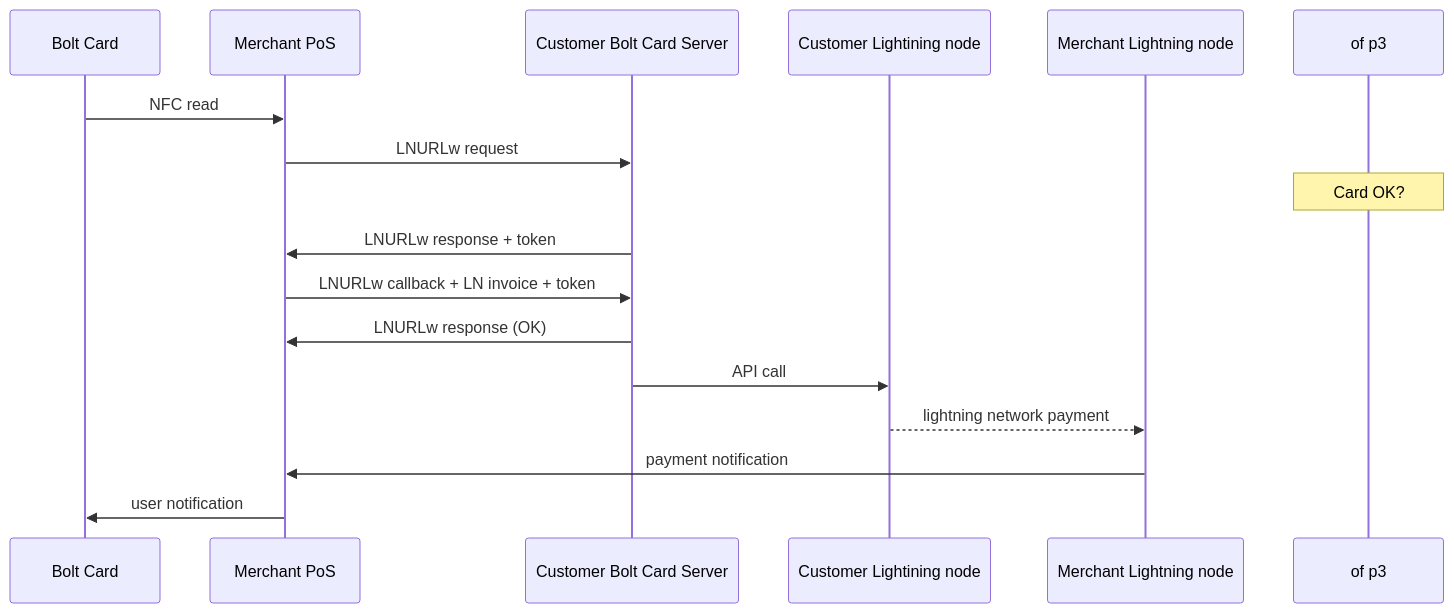
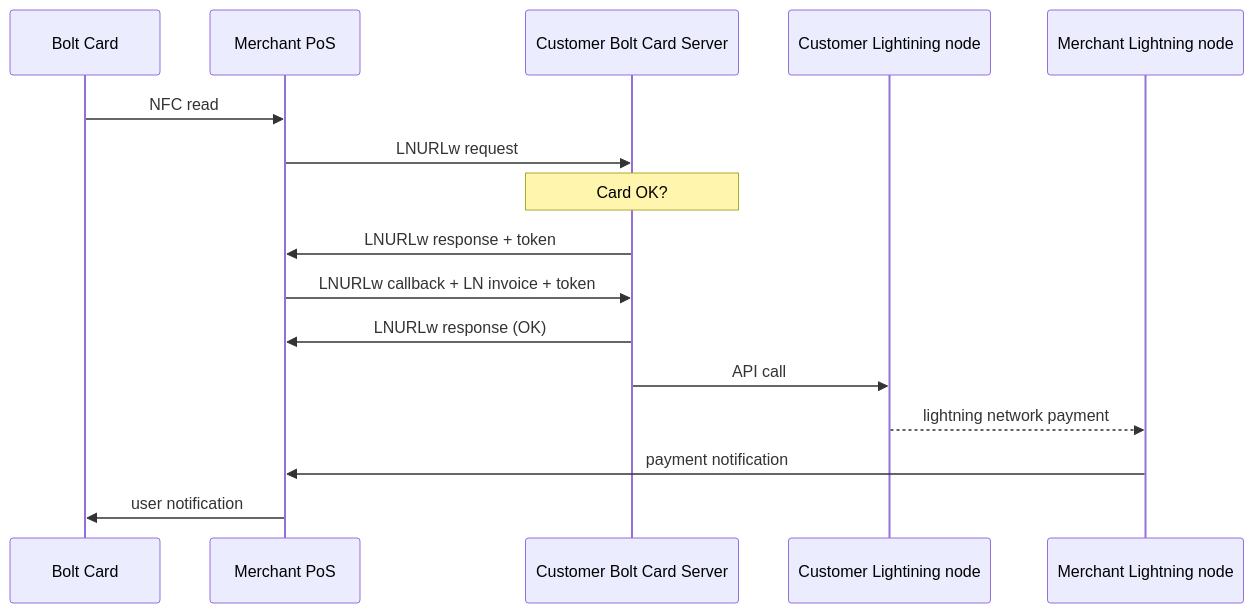
The diagram in system.MD (robertclarkson/mockend), drawn with Mermaid before and after one commit.

````diff
--- a/system.MD
+++ b/system.MD
@@ -3,18 +3,18 @@
 ```mermaid
 sequenceDiagram
     participant p1 as Bolt Card
     participant p2 as Merchant PoS
     participant p3 as Customer Bolt Card Server
     participant p4 as Customer Lightining node
     participant p5 as Merchant Lightning node
     p1->>p2: NFC read
     p2->>p3: LNURLw request
-    Note over of p3: Card OK?
+    Note over p3: Card OK?
     p3->>p2: LNURLw response + token
     p2->>p3: LNURLw callback + LN invoice + token
     p3->>p2: LNURLw response (OK)
     p3->>p4: API call
     p4-->>p5: lightning network payment
     p5->>p2: payment notification
     p2->>p1: user notification
 ```
````
